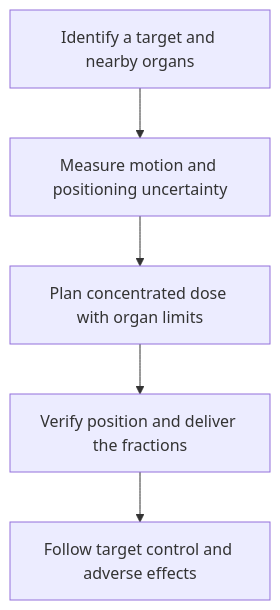
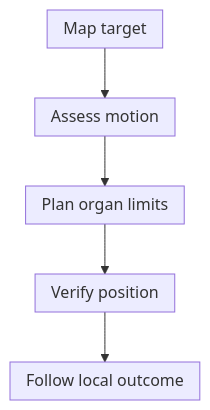
The diagram in wiki/education/concepts/therapeutics/local-therapies/sbrt.md (jasonLaster/oncoguide), drawn with Mermaid before and after one commit. The commit also changed other lines of this file and 30 other files, not shown here.

````diff
--- a/wiki/education/concepts/therapeutics/local-therapies/sbrt.md
+++ b/wiki/education/concepts/therapeutics/local-therapies/sbrt.md
@@ -36,7 +36,8 @@
 ```mermaid
+%%{init: {"htmlLabels":false,"flowchart":{"htmlLabels":false,"padding":8,"nodeSpacing":25}}}%%
 flowchart TD
-  A["Identify a target and nearby organs"] --> B["Measure motion and positioning uncertainty"]
-  B --> C["Plan concentrated dose with organ limits"]
-  C --> D["Verify position and deliver the fractions"]
-  D --> E["Follow target control and adverse effects"]
+  A["Map target"] --> B["Assess motion"]
+  B --> C["Plan organ limits"]
+  C --> D["Verify position"]
+  D --> E["Follow local outcome"]
 ```
````
